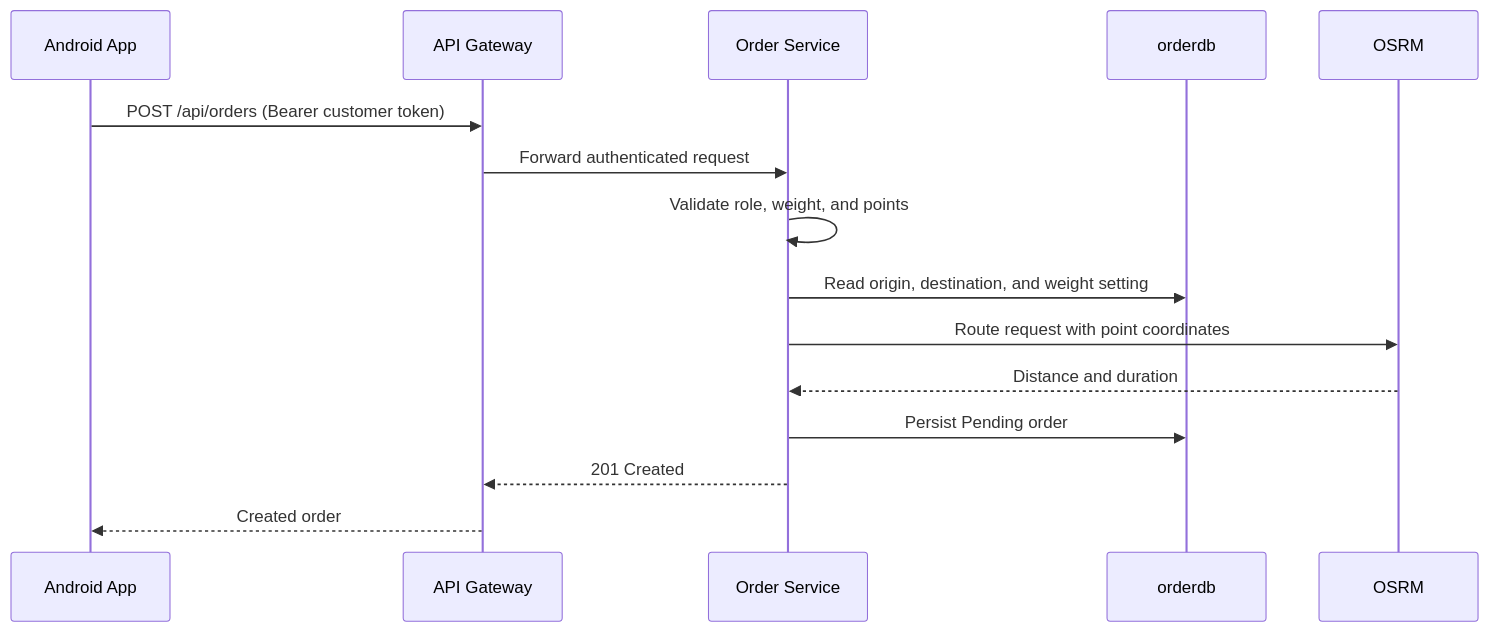
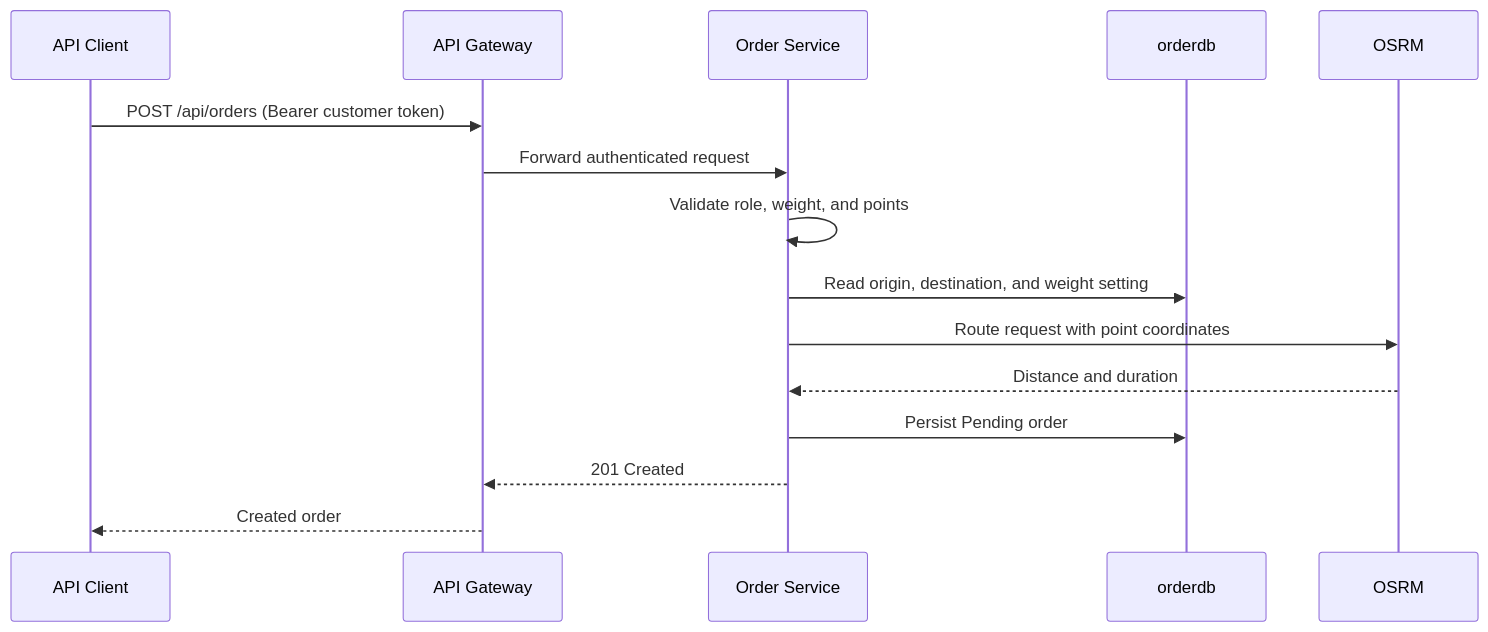
One commit to RenatoB04/Lesto changed the second of 4 diagrams in docs/sequences.md. Above: the diagram before and after it, drawn with Mermaid. The commit also changed other lines of this file and 56 other files, not shown here.

Commit message:
refactor: remove Android client and focus on backend

````diff
--- a/docs/sequences.md
+++ b/docs/sequences.md
@@ -22,18 +22,18 @@
 ```mermaid
 sequenceDiagram
-    participant App as Android App
+    participant Client as API Client
     participant Gateway as API Gateway
     participant Order as Order Service
     participant Db as orderdb
     participant OSRM as OSRM
 
-    App->>Gateway: POST /api/orders (Bearer customer token)
+    Client->>Gateway: POST /api/orders (Bearer customer token)
     Gateway->>Order: Forward authenticated request
     Order->>Order: Validate role, weight, and points
     Order->>Db: Read origin, destination, and weight setting
     Order->>OSRM: Route request with point coordinates
     OSRM-->>Order: Distance and duration
     Order->>Db: Persist Pending order
     Order-->>Gateway: 201 Created
-    Gateway-->>App: Created order
+    Gateway-->>Client: Created order
 ```
````
